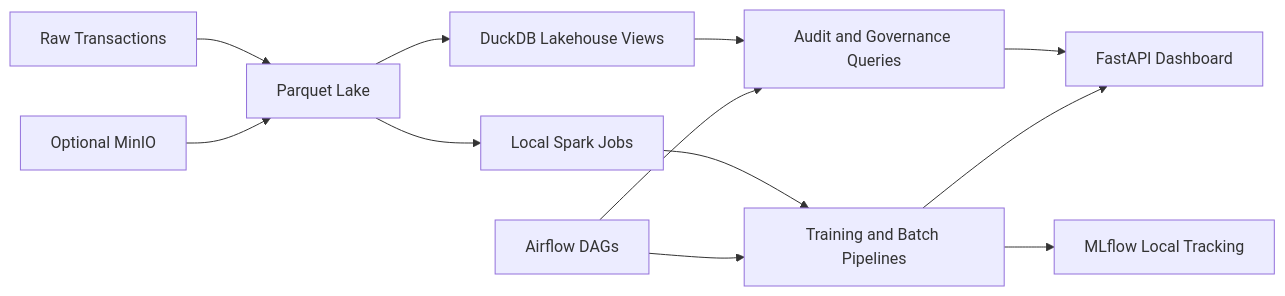
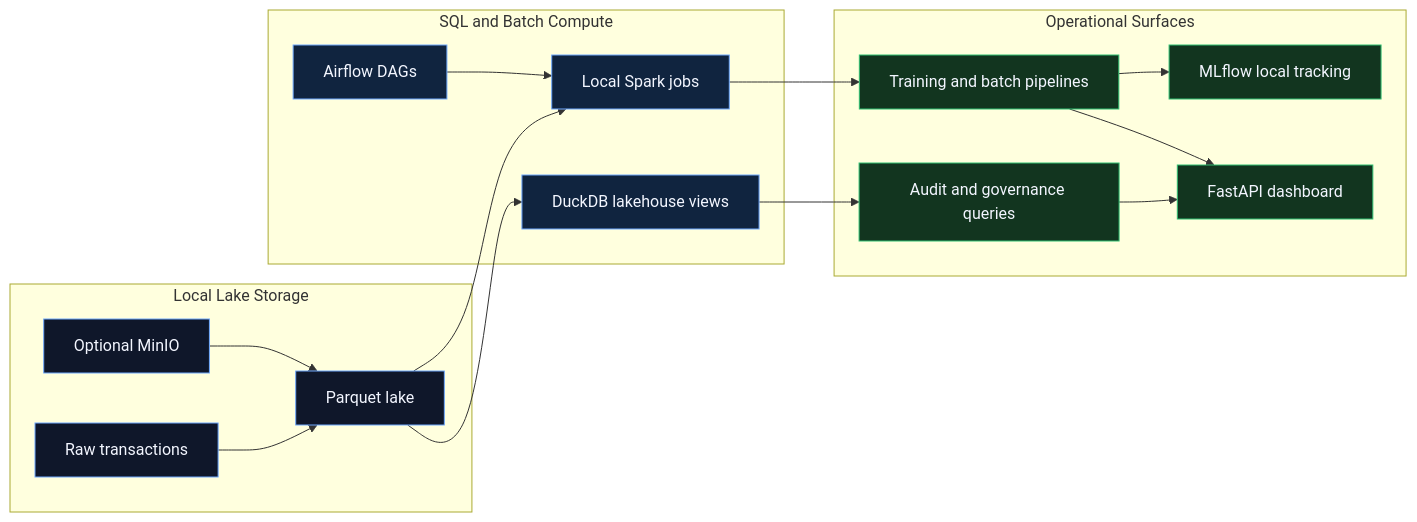
The second of 5 diagrams in README.md (AngelP17/Rift), drawn with Mermaid before and after one commit. The commit also changed other lines of this file and 8 other files, not shown here.

````diff
--- a/README.md
+++ b/README.md
@@ -267,14 +289,28 @@
 ```mermaid
 flowchart LR
-    A[Raw Transactions] --> B[Parquet Lake]
-    B --> C[DuckDB Lakehouse Views]
-    B --> D[Local Spark Jobs]
-    C --> E[Audit and Governance Queries]
-    D --> F[Training and Batch Pipelines]
-    F --> G[MLflow Local Tracking]
-    E --> H[FastAPI Dashboard]
-    F --> H
-    I[Optional MinIO] --> B
-    J[Airflow DAGs] --> F
-    J --> E
+    subgraph storage ["Local Lake Storage"]
+        A["Raw transactions"] --> B["Parquet lake"]
+        I["Optional MinIO"] --> B
+    end
+
+    subgraph compute ["SQL and Batch Compute"]
+        B --> C["DuckDB lakehouse views"]
+        B --> D["Local Spark jobs"]
+        J["Airflow DAGs"] --> D
+    end
+
+    subgraph operations ["Operational Surfaces"]
+        C --> E["Audit and governance queries"]
+        D --> F["Training and batch pipelines"]
+        F --> G["MLflow local tracking"]
+        E --> H["FastAPI dashboard"]
+        F --> H
+    end
+
+    classDef storage fill:#0f172a,stroke:#6ea8fe,color:#f3f6ff
+    classDef compute fill:#10243f,stroke:#6ea8fe,color:#f3f6ff
+    classDef surface fill:#12351f,stroke:#2fbf71,color:#f3f6ff
+    class A,B,I storage
+    class C,D,J compute
+    class E,F,G,H surface
 ```
````
